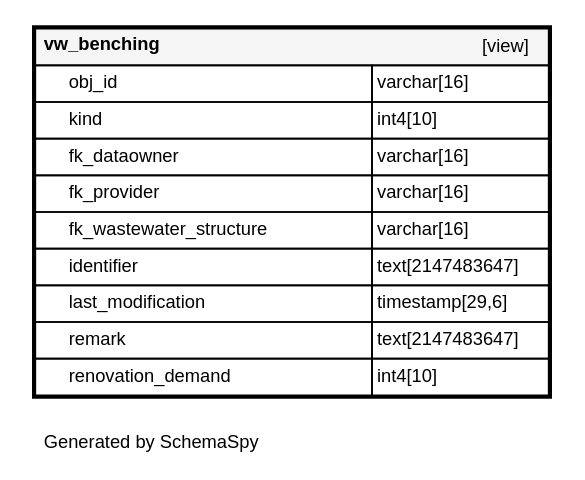
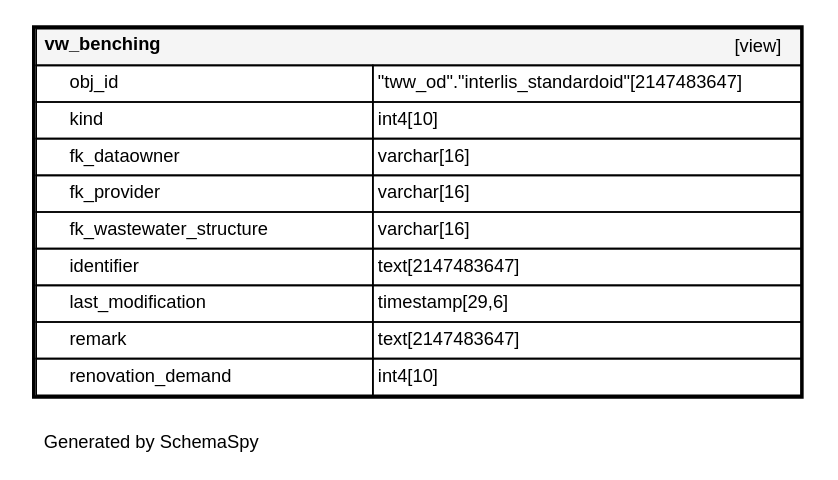
One commit to teksi/wastewater changed the diagram in latest/en/_static/datamodel/tww_app/diagrams/tables/vw_benching.1degree.dot. Above: the diagram before and after it, drawn with Graphviz. The commit also changed 582 other files, not shown here.

```diff
--- a/latest/en/_static/datamodel/tww_app/diagrams/tables/vw_benching.1degree.dot
+++ b/latest/en/_static/datamodel/tww_app/diagrams/tables/vw_benching.1degree.dot
@@ -1,21 +1,21 @@
 digraph "oneDegreeRelationshipsDiagram" {
   graph [    rankdir="RL"    bgcolor="#ffffff"    label="\nGenerated by SchemaSpy"    labeljust="l"    nodesep="0.18"    ranksep="0.46"    fontname="Helvetica"    fontsize="11"    packmode="graph"  ];  node [    fontname="Helvetica"    fontsize="11"    shape="plaintext"  ];  edge [    arrowsize="0.8"  ];
   "vw_benching" [
    label=<
     <TABLE BORDER="2" CELLBORDER="1" CELLSPACING="0" BGCOLOR="#ffffff">
       <TR><TD COLSPAN="4"  BGCOLOR="#f5f5f5"><TABLE BORDER="0" CELLSPACING="0"><TR><TD ALIGN="LEFT" FIXEDSIZE="TRUE" WIDTH="94" HEIGHT="16"><B>vw_benching</B></TD><TD ALIGN="RIGHT">[view]</TD></TR></TABLE></TD></TR>
-      <TR><TD PORT="obj_id" COLSPAN="2" ALIGN="LEFT"><TABLE BORDER="0" CELLSPACING="0" ALIGN="LEFT"><TR ALIGN="LEFT"><TD ALIGN="LEFT" FIXEDSIZE="TRUE" WIDTH="15" HEIGHT="16"></TD><TD ALIGN="LEFT" FIXEDSIZE="TRUE" WIDTH="181" HEIGHT="16">obj_id</TD></TR></TABLE></TD><TD PORT="obj_id.type" ALIGN="LEFT">varchar[16]</TD></TR>
+      <TR><TD PORT="obj_id" COLSPAN="2" ALIGN="LEFT"><TABLE BORDER="0" CELLSPACING="0" ALIGN="LEFT"><TR ALIGN="LEFT"><TD ALIGN="LEFT" FIXEDSIZE="TRUE" WIDTH="15" HEIGHT="16"></TD><TD ALIGN="LEFT" FIXEDSIZE="TRUE" WIDTH="181" HEIGHT="16">obj_id</TD></TR></TABLE></TD><TD PORT="obj_id.type" ALIGN="LEFT">&quot;tww_od&quot;.&quot;interlis_standardoid&quot;[2147483647]</TD></TR>
       <TR><TD PORT="kind" COLSPAN="2" ALIGN="LEFT"><TABLE BORDER="0" CELLSPACING="0" ALIGN="LEFT"><TR ALIGN="LEFT"><TD ALIGN="LEFT" FIXEDSIZE="TRUE" WIDTH="15" HEIGHT="16"></TD><TD ALIGN="LEFT" FIXEDSIZE="TRUE" WIDTH="181" HEIGHT="16">kind</TD></TR></TABLE></TD><TD PORT="kind.type" ALIGN="LEFT">int4[10]</TD></TR>
       <TR><TD PORT="fk_dataowner" COLSPAN="2" ALIGN="LEFT"><TABLE BORDER="0" CELLSPACING="0" ALIGN="LEFT"><TR ALIGN="LEFT"><TD ALIGN="LEFT" FIXEDSIZE="TRUE" WIDTH="15" HEIGHT="16"></TD><TD ALIGN="LEFT" FIXEDSIZE="TRUE" WIDTH="181" HEIGHT="16">fk_dataowner</TD></TR></TABLE></TD><TD PORT="fk_dataowner.type" ALIGN="LEFT">varchar[16]</TD></TR>
       <TR><TD PORT="fk_provider" COLSPAN="2" ALIGN="LEFT"><TABLE BORDER="0" CELLSPACING="0" ALIGN="LEFT"><TR ALIGN="LEFT"><TD ALIGN="LEFT" FIXEDSIZE="TRUE" WIDTH="15" HEIGHT="16"></TD><TD ALIGN="LEFT" FIXEDSIZE="TRUE" WIDTH="181" HEIGHT="16">fk_provider</TD></TR></TABLE></TD><TD PORT="fk_provider.type" ALIGN="LEFT">varchar[16]</TD></TR>
       <TR><TD PORT="fk_wastewater_structure" COLSPAN="2" ALIGN="LEFT"><TABLE BORDER="0" CELLSPACING="0" ALIGN="LEFT"><TR ALIGN="LEFT"><TD ALIGN="LEFT" FIXEDSIZE="TRUE" WIDTH="15" HEIGHT="16"></TD><TD ALIGN="LEFT" FIXEDSIZE="TRUE" WIDTH="181" HEIGHT="16">fk_wastewater_structure</TD></TR></TABLE></TD><TD PORT="fk_wastewater_structure.type" ALIGN="LEFT">varchar[16]</TD></TR>
       <TR><TD PORT="identifier" COLSPAN="2" ALIGN="LEFT"><TABLE BORDER="0" CELLSPACING="0" ALIGN="LEFT"><TR ALIGN="LEFT"><TD ALIGN="LEFT" FIXEDSIZE="TRUE" WIDTH="15" HEIGHT="16"></TD><TD ALIGN="LEFT" FIXEDSIZE="TRUE" WIDTH="181" HEIGHT="16">identifier</TD></TR></TABLE></TD><TD PORT="identifier.type" ALIGN="LEFT">text[2147483647]</TD></TR>
       <TR><TD PORT="last_modification" COLSPAN="2" ALIGN="LEFT"><TABLE BORDER="0" CELLSPACING="0" ALIGN="LEFT"><TR ALIGN="LEFT"><TD ALIGN="LEFT" FIXEDSIZE="TRUE" WIDTH="15" HEIGHT="16"></TD><TD ALIGN="LEFT" FIXEDSIZE="TRUE" WIDTH="181" HEIGHT="16">last_modification</TD></TR></TABLE></TD><TD PORT="last_modification.type" ALIGN="LEFT">timestamp[29,6]</TD></TR>
       <TR><TD PORT="remark" COLSPAN="2" ALIGN="LEFT"><TABLE BORDER="0" CELLSPACING="0" ALIGN="LEFT"><TR ALIGN="LEFT"><TD ALIGN="LEFT" FIXEDSIZE="TRUE" WIDTH="15" HEIGHT="16"></TD><TD ALIGN="LEFT" FIXEDSIZE="TRUE" WIDTH="181" HEIGHT="16">remark</TD></TR></TABLE></TD><TD PORT="remark.type" ALIGN="LEFT">text[2147483647]</TD></TR>
       <TR><TD PORT="renovation_demand" COLSPAN="2" ALIGN="LEFT"><TABLE BORDER="0" CELLSPACING="0" ALIGN="LEFT"><TR ALIGN="LEFT"><TD ALIGN="LEFT" FIXEDSIZE="TRUE" WIDTH="15" HEIGHT="16"></TD><TD ALIGN="LEFT" FIXEDSIZE="TRUE" WIDTH="181" HEIGHT="16">renovation_demand</TD></TR></TABLE></TD><TD PORT="renovation_demand.type" ALIGN="LEFT">int4[10]</TD></TR>
     </TABLE>>
     URL="../../tables/vw_benching.html"
     target="_top"
     tooltip="vw_benching"
   ];
 }
```
